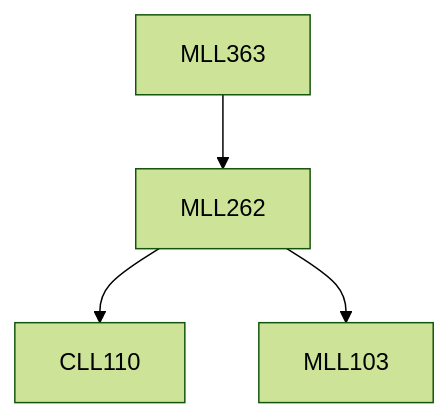
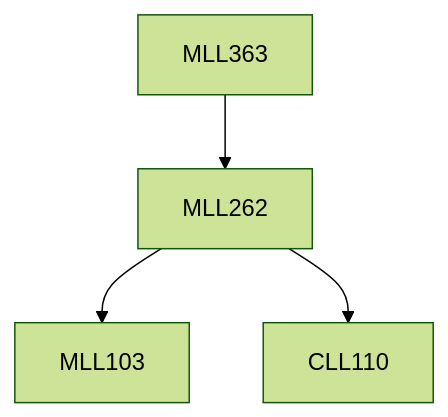
Before and after one commit to KeshavBansal0122/CoS_Website: the diagram in content/Materials Science and Engineering/MLL363.md, drawn with Mermaid (forest theme). The commit also changed other lines of this file and 392 other files, not shown here.

````diff
--- a/content/Materials Science and Engineering/MLL363.md
+++ b/content/Materials Science and Engineering/MLL363.md
@@ -23,10 +23,10 @@
 ```mermaid
 flowchart TD
 MLL363-493[MLL363]
+MLL262-493 --> MLL103-493[MLL103]
+MLL363-493 --> MLL262-493[MLL262]
 MLL262-493 --> CLL110-493[CLL110]
-MLL363-493 --> MLL262-493[MLL262]
-MLL262-493 --> MLL103-493[MLL103]
 
 classDef empty height:17px, fill:transparent, stroke:transparent;
 classDef trueEmpty height:0px, width:0px;
 ```
````
